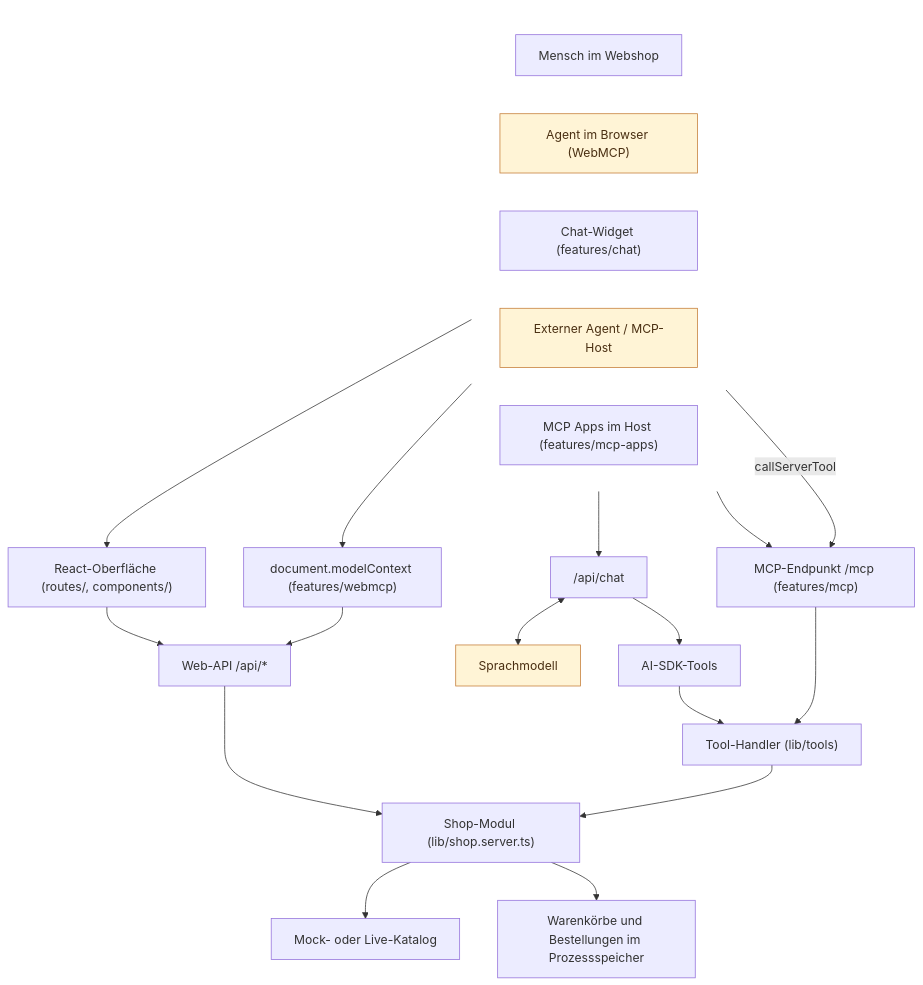
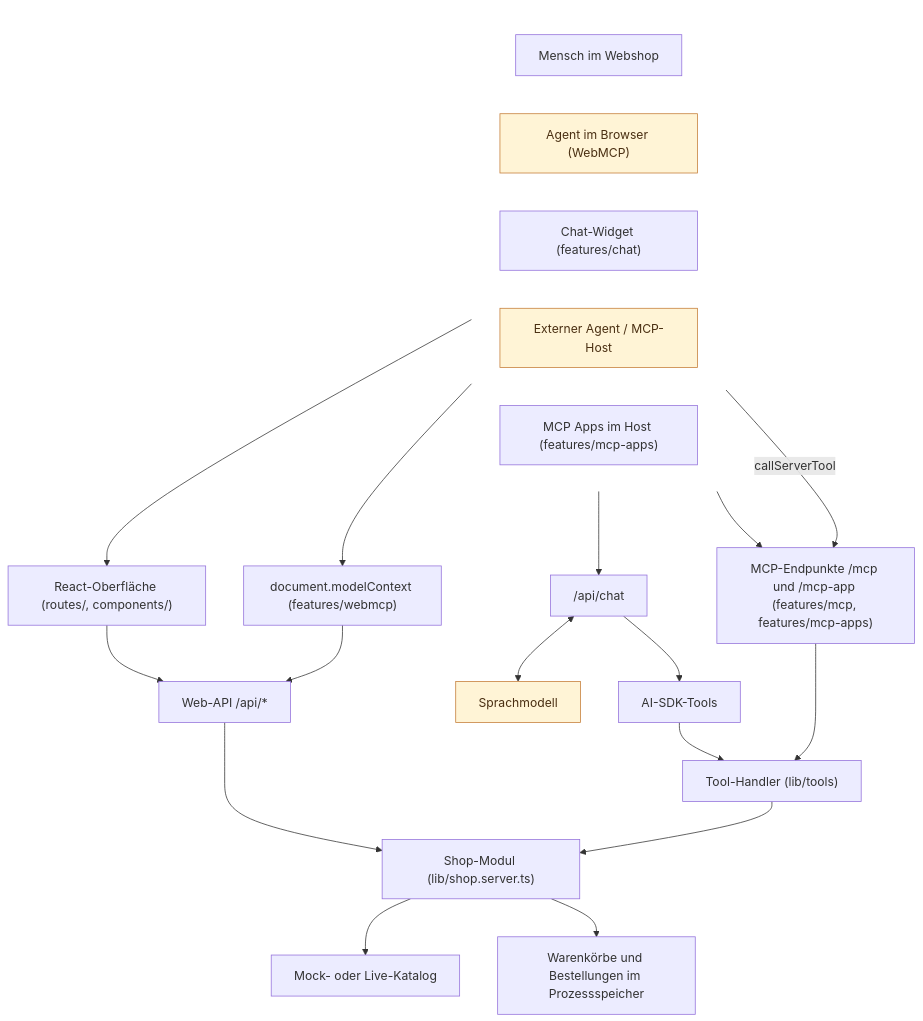
Before and after one commit to ivorycode/mcp-webshop-demo: the diagram in docs/ARCHITECTURE.md, drawn with Mermaid. The commit also changed other lines of this file and 18 other files, not shown here.

First line of the commit message:
Reinen Text-MCP-Endpunkt unter /mcp, MCP App unter /mcp-app

````diff
--- a/docs/ARCHITECTURE.md
+++ b/docs/ARCHITECTURE.md
@@ -13,34 +13,34 @@
 ```mermaid
 flowchart TB
     %% Die fünf Zugänge stehen in einer unsichtbaren Gruppe, damit Mermaid sie
     %% auf einer Zeile und in dieser Reihenfolge von links nach rechts anordnet.
     subgraph Zugaenge[" "]
         direction LR
         Mensch["Mensch im Webshop"]
         BrowserAgent["Agent im Browser (WebMCP)"]
         Chat["Chat-Widget (features/chat)"]
         Agent["Externer Agent / MCP-Host"]
         MCPApp["MCP Apps im Host (features/mcp-apps)"]
     end
     style Zugaenge fill:none,stroke:none
 
     Mensch --> UI["React-Oberfläche (routes/, components/)"]
     UI --> REST["Web-API /api/*"]
     BrowserAgent --> WebMCP["document.modelContext (features/webmcp)"]
     WebMCP --> REST
     Chat --> ChatAPI["/api/chat"]
     ChatAPI <--> LLM["Sprachmodell"]
     ChatAPI --> AITools["AI-SDK-Tools"]
-    Agent --> MCP["MCP-Endpunkt /mcp (features/mcp)"]
+    Agent --> MCP["MCP-Endpunkte /mcp und /mcp-app (features/mcp, features/mcp-apps)"]
     MCPApp -->|callServerTool| MCP
     REST --> Shop["Shop-Modul (lib/shop.server.ts)"]
     AITools --> Handlers["Tool-Handler (lib/tools)"]
     MCP --> Handlers
     Handlers --> Shop
     Shop --> Catalog["Mock- oder Live-Katalog"]
     Shop --> Memory["Warenkörbe und Bestellungen im Prozessspeicher"]
 
     %% Hervorgehoben: Hier entscheidet ein Sprachmodell, welches Tool aufgerufen wird.
     classDef llm fill:#fff4d6,stroke:#c47c36,color:#4a2f12
     class LLM,BrowserAgent,Agent llm
 ```
````
